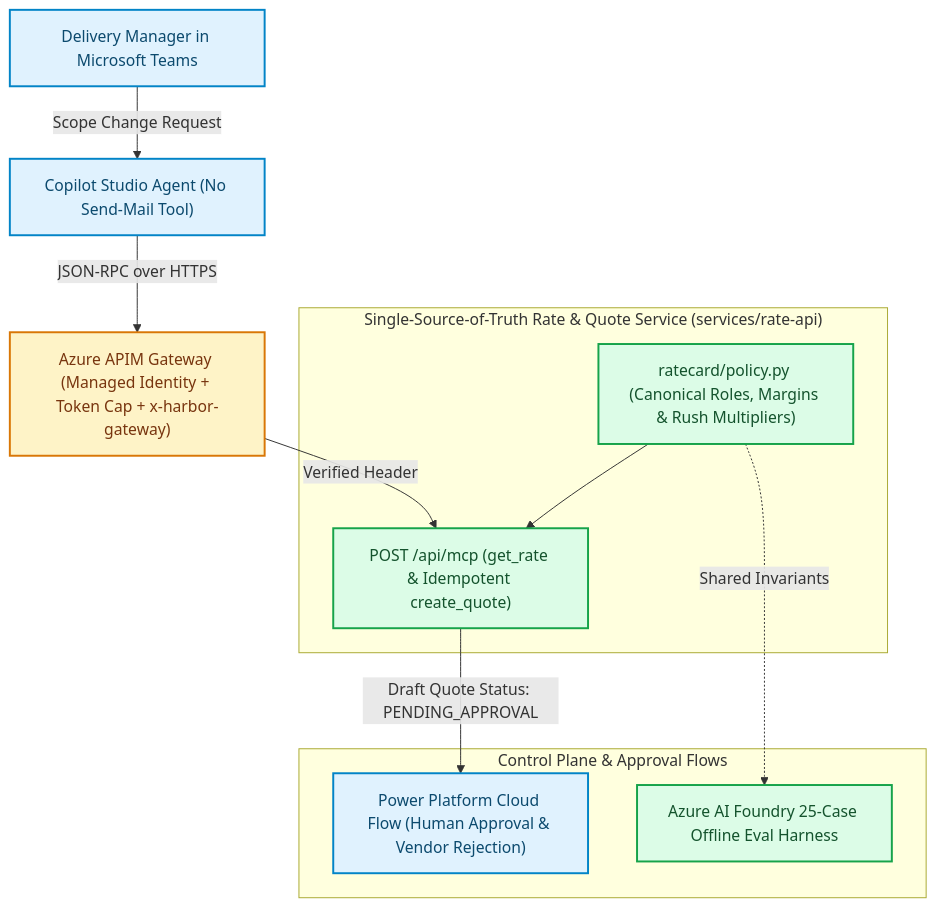
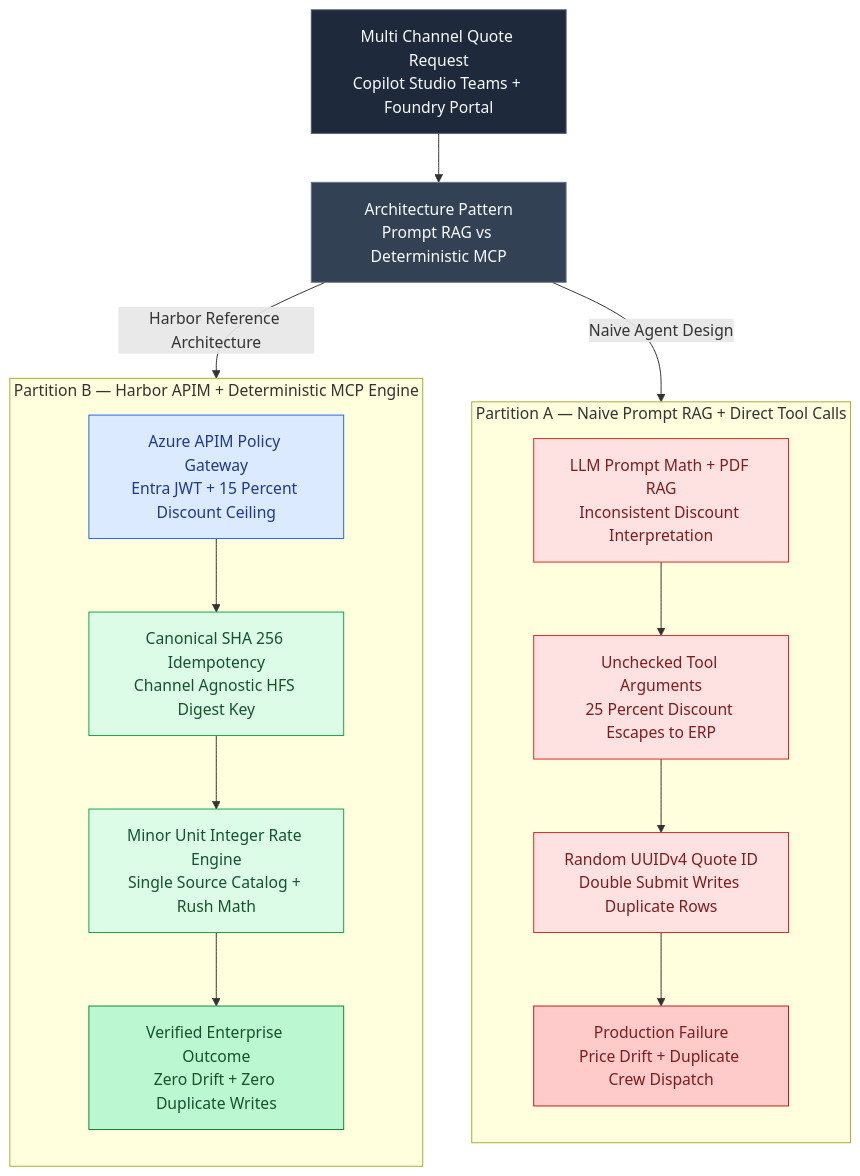
The diagram in blog/posts/architecting-harbor-field-services-copilot-studio-azure-ai-foundry-apim-mcp.md (akmalkhaniub/akmalkhaniub.github.io), drawn with Mermaid before and after one commit. The commit also changed other lines of this file and 448 other files, not shown here.

Commit message:
perf(blog): upgrade Oct 20-25 posts with 2-col diagrams, reproducible benchmarks, and staggered dates

````diff
--- a/blog/posts/architecting-harbor-field-services-copilot-studio-azure-ai-foundry-apim-mcp.md
+++ b/blog/posts/architecting-harbor-field-services-copilot-studio-azure-ai-foundry-apim-mcp.md
@@ -15,29 +21,32 @@
 ```mermaid
 flowchart TD
-  TeamsUser["Delivery Manager in Microsoft Teams"]:::headerBlue
-  Copilot["Copilot Studio Agent (No Send-Mail Tool)"]:::blue
-  ApimGw["Azure APIM Gateway (Managed Identity + Token Cap + x-harbor-gateway)"]:::headerAmber
+    Req["Multi Channel Quote Request<br/>Copilot Studio Teams + Foundry Portal"] --> Split["Architecture Pattern<br/>Prompt RAG vs Deterministic MCP"]
 
-  subgraph SG_RateService ["Single-Source-of-Truth Rate & Quote Service (services/rate-api)"]
-    PolicyPy["ratecard/policy.py (Canonical Roles, Margins & Rush Multipliers)"]:::green
-    McpTools["POST /api/mcp (get_rate & Idempotent create_quote)"]:::headerGreen
-    PolicyPy --> McpTools
-  end
+    subgraph PartitionA["Partition A — Naive Prompt RAG + Direct Tool Calls"]
+        direction TB
+        A1["LLM Prompt Math + PDF RAG<br/>Inconsistent Discount Interpretation"] --> A2["Unchecked Tool Arguments<br/>25 Percent Discount Escapes to ERP"]
+        A2 --> A3["Random UUIDv4 Quote ID<br/>Double Submit Writes Duplicate Rows"]
+        A3 --> A4["Production Failure<br/>Price Drift + Duplicate Crew Dispatch"]
+    end
 
-  subgraph SG_Control ["Control Plane & Approval Flows"]
-    PowerFlow["Power Platform Cloud Flow (Human Approval & Vendor Rejection)"]:::blue
-    FoundryEval["Azure AI Foundry 25-Case Offline Eval Harness"]:::green
-    PolicyPy -.->|Shared Invariants| FoundryEval
-  end
+    subgraph PartitionB["Partition B — Harbor APIM + Deterministic MCP Engine"]
+        direction TB
+        B1["Azure APIM Policy Gateway<br/>Entra JWT + 15 Percent Discount Ceiling"] --> B2["Canonical SHA 256 Idempotency<br/>Channel Agnostic HFS Digest Key"]
+        B2 --> B3["Minor Unit Integer Rate Engine<br/>Single Source Catalog + Rush Math"]
+        B3 --> B4["Verified Enterprise Outcome<br/>Zero Drift + Zero Duplicate Writes"]
+    end
 
-  TeamsUser -->|Scope Change Request| Copilot
-  Copilot -->|JSON-RPC over HTTPS| ApimGw
-  ApimGw -->|Verified Header| McpTools
-  McpTools -->|Draft Quote Status: PENDING_APPROVAL| PowerFlow
+    Split -->|Naive Agent Design| A1
+    Split -->|Harbor Reference Architecture| B1
 
-  classDef headerBlue fill:#e0f2fe,stroke:#0284c7,stroke-width:2px,color:#0c4a6e;
-  classDef headerAmber fill:#fef3c7,stroke:#d97706,stroke-width:2px,color:#78350f;
-  classDef headerGreen fill:#dcfce7,stroke:#16a34a,stroke-width:2px,color:#14532d;
-  classDef green fill:#dcfce7,stroke:#16a34a,stroke-width:2px,color:#14532d;
-  classDef blue fill:#e0f2fe,stroke:#0284c7,stroke-width:2px,color:#0c4a6e;
+    style Req fill:#1e293b,stroke:#475569,color:#f8fafc
+    style Split fill:#334155,stroke:#64748b,color:#f8fafc
+    style A1 fill:#fee2e2,stroke:#dc2626,color:#7f1d1d
+    style A2 fill:#fee2e2,stroke:#dc2626,color:#7f1d1d
+    style A3 fill:#fee2e2,stroke:#dc2626,color:#7f1d1d
+    style A4 fill:#fecaca,stroke:#b91c1c,color:#7f1d1d
+    style B1 fill:#dbeafe,stroke:#2563eb,color:#1e3a8a
+    style B2 fill:#dcfce7,stroke:#16a34a,color:#14532d
+    style B3 fill:#dcfce7,stroke:#16a34a,color:#14532d
+    style B4 fill:#bbf7d0,stroke:#15803d,color:#14532d
 ```
````
